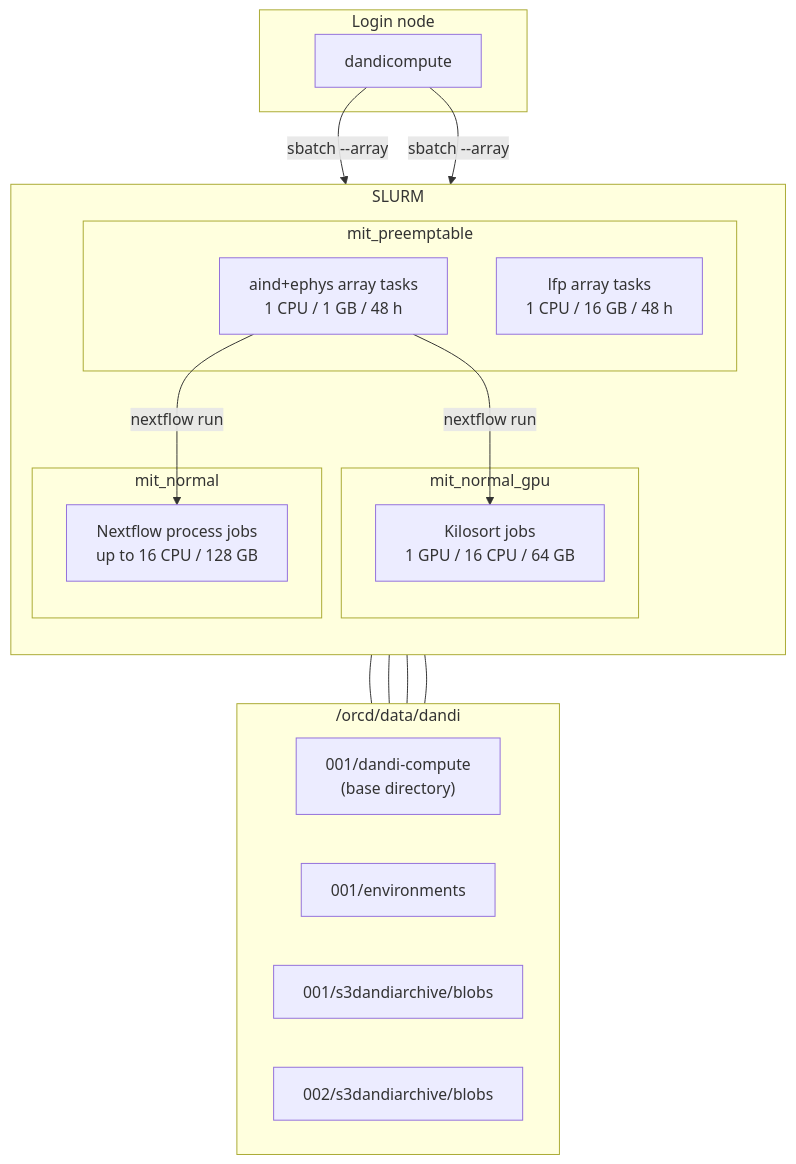
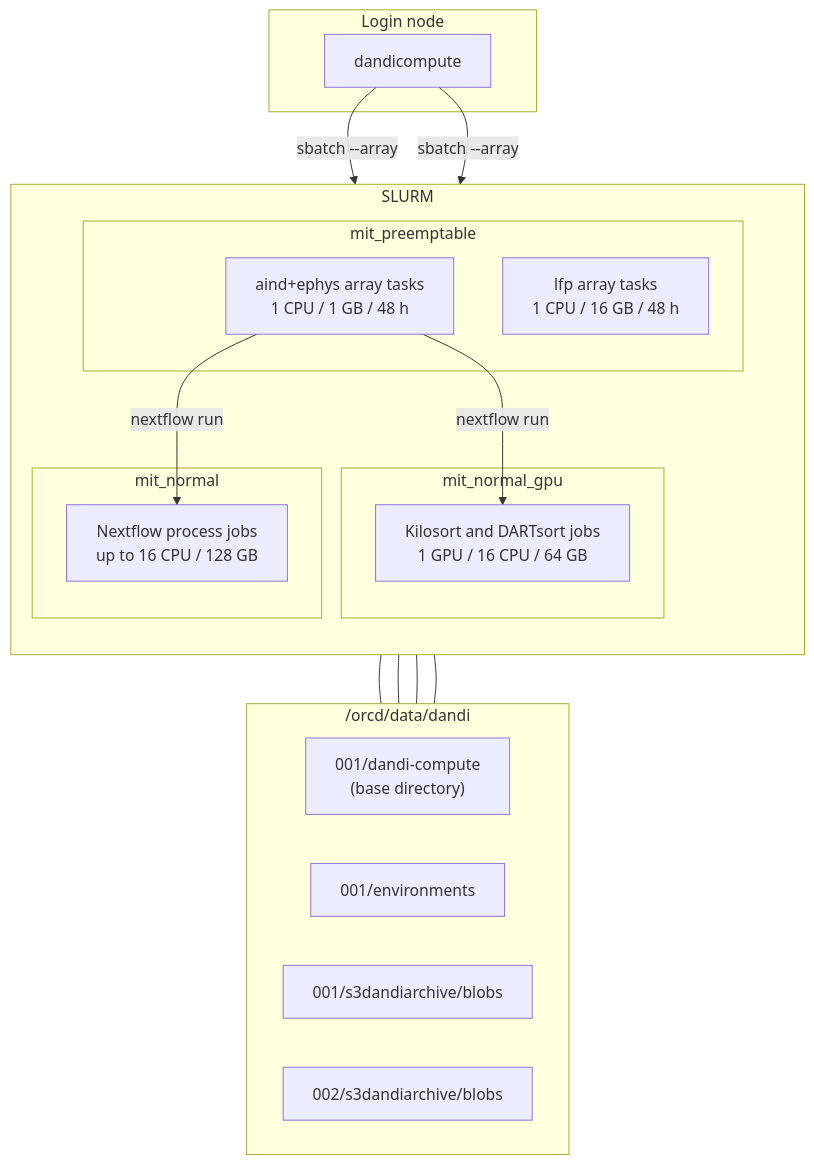
The diagram in docs/infrastructure.md (dandi-compute/dandi-compute-core), drawn with Mermaid before and after one commit. The commit also changed other lines of this file and 28 other files, not shown here.

````diff
--- a/docs/infrastructure.md
+++ b/docs/infrastructure.md
@@ -7,32 +7,32 @@
 ```mermaid
 flowchart TB
     subgraph login["Login node"]
         CLI["dandicompute"]
     end
 
     subgraph slurm["SLURM"]
         direction TB
         subgraph normal["mit_normal"]
             NF["Nextflow process jobs<br/>up to 16 CPU / 128 GB"]
         end
         subgraph gpu["mit_normal_gpu"]
-            KS["Kilosort jobs<br/>1 GPU / 16 CPU / 64 GB"]
+            KS["Kilosort and DARTsort jobs<br/>1 GPU / 16 CPU / 64 GB"]
         end
         subgraph pre["mit_preemptable"]
             AARR["aind+ephys array tasks<br/>1 CPU / 1 GB / 48 h"]
             LARR["lfp array tasks<br/>1 CPU / 16 GB / 48 h"]
         end
     end
 
     subgraph storage["/orcd/data/dandi"]
         direction LR
         BASE["001/dandi-compute<br/>(base directory)"]
         ENVS["001/environments"]
         BLOB1["001/s3dandiarchive/blobs"]
         BLOB2["002/s3dandiarchive/blobs"]
     end
 
     CLI -- "sbatch --array" --> AARR & LARR
     AARR -- "nextflow run" --> NF & KS
     AARR & LARR & NF & KS --- storage
 ```
````
